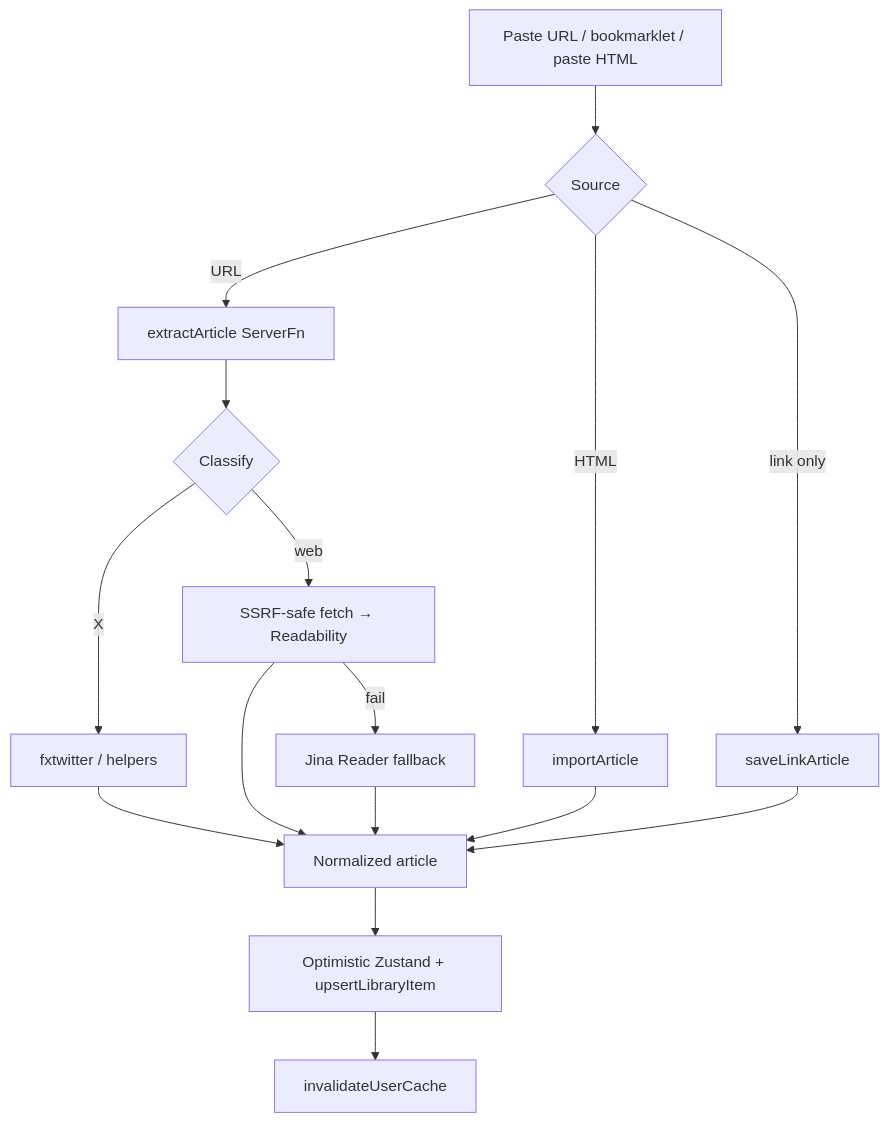
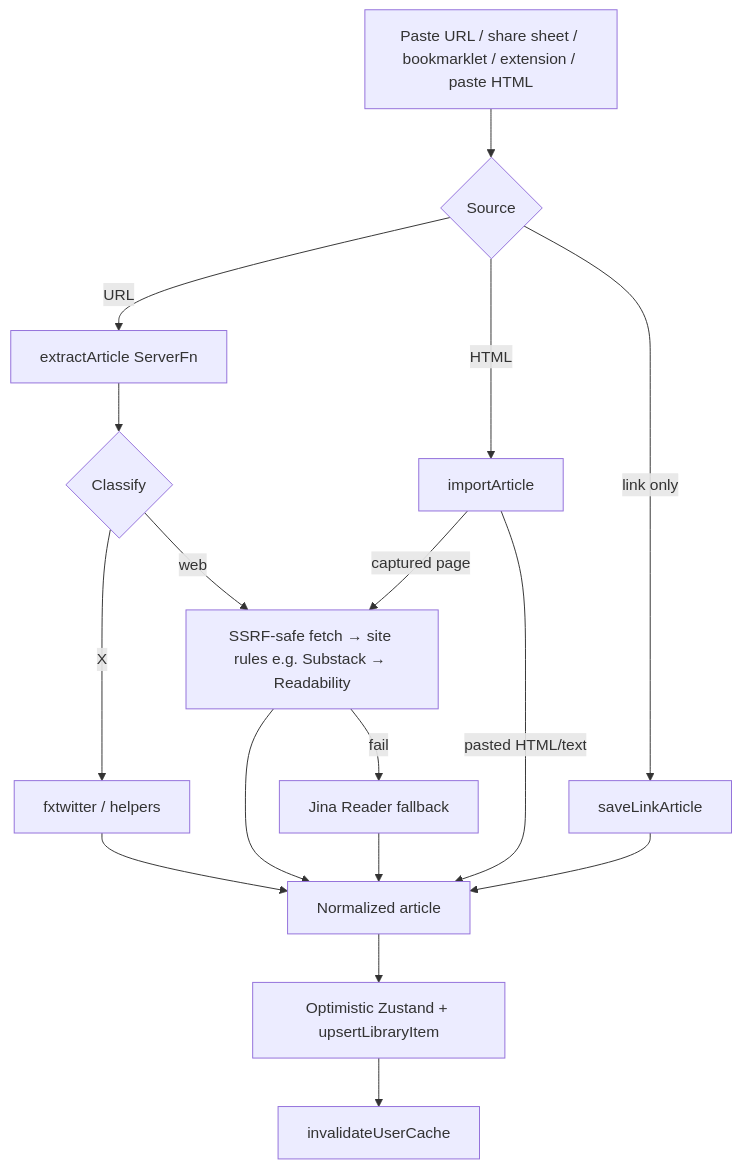
The fifth of 7 diagrams in docs/ARCHITECTURE.md (SahilFruitwala/kami), drawn with Mermaid before and after one commit. The commit also changed other lines of this file and 28 other files, not shown here.

````diff
--- a/docs/ARCHITECTURE.md
+++ b/docs/ARCHITECTURE.md
@@ -182,18 +182,19 @@
 ```mermaid
 flowchart TD
-  A[Paste URL / bookmarklet / paste HTML] --> B{Source}
+  A[Paste URL / share sheet / bookmarklet / extension / paste HTML] --> B{Source}
   B -->|URL| C[extractArticle ServerFn]
   B -->|HTML| D[importArticle]
   B -->|link only| E[saveLinkArticle]
   C --> F{Classify}
-  F -->|web| G[SSRF-safe fetch → Readability]
+  F -->|web| G[SSRF-safe fetch → site rules e.g. Substack → Readability]
   F -->|X| H[fxtwitter / helpers]
   G -->|fail| I[Jina Reader fallback]
   H --> J[Normalized article]
   G --> J
   I --> J
-  D --> J
+  D -->|captured page| G
+  D -->|pasted HTML/text| J
   E --> J
   J --> K[Optimistic Zustand + upsertLibraryItem]
   K --> L[invalidateUserCache]
 ```
````
